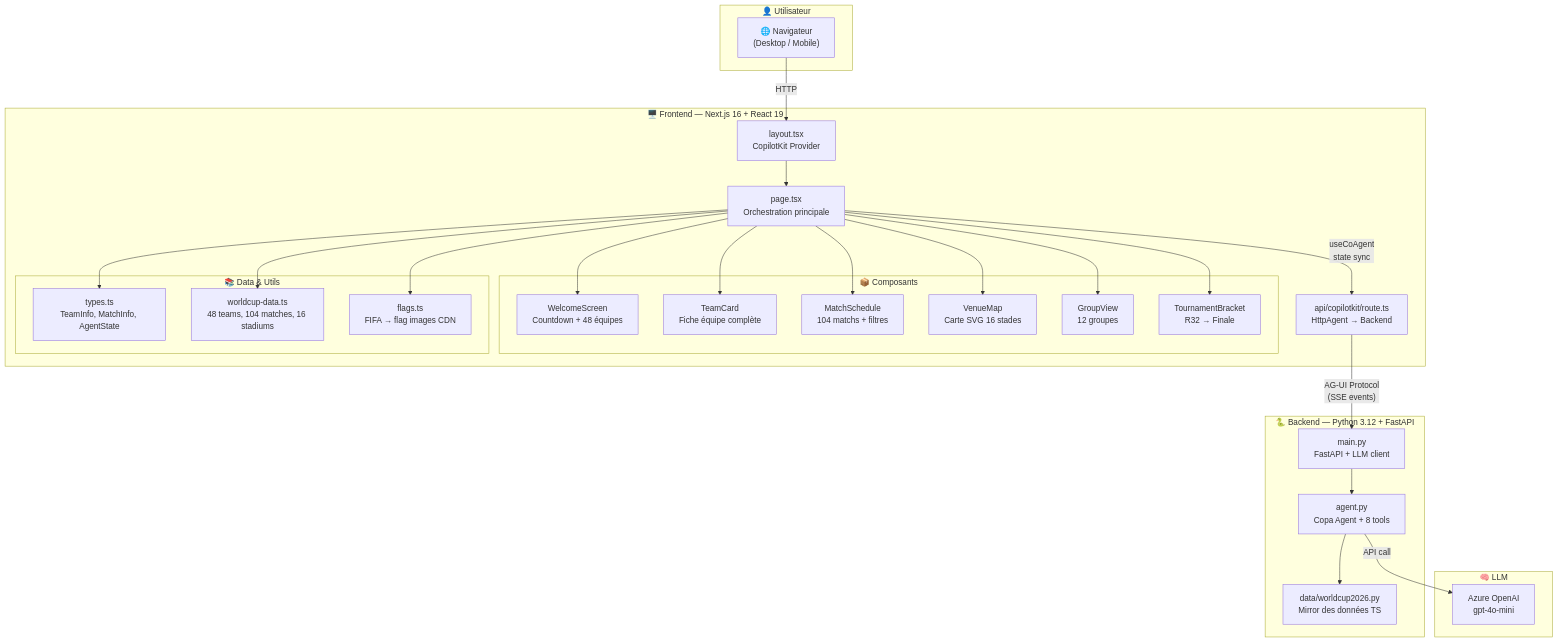
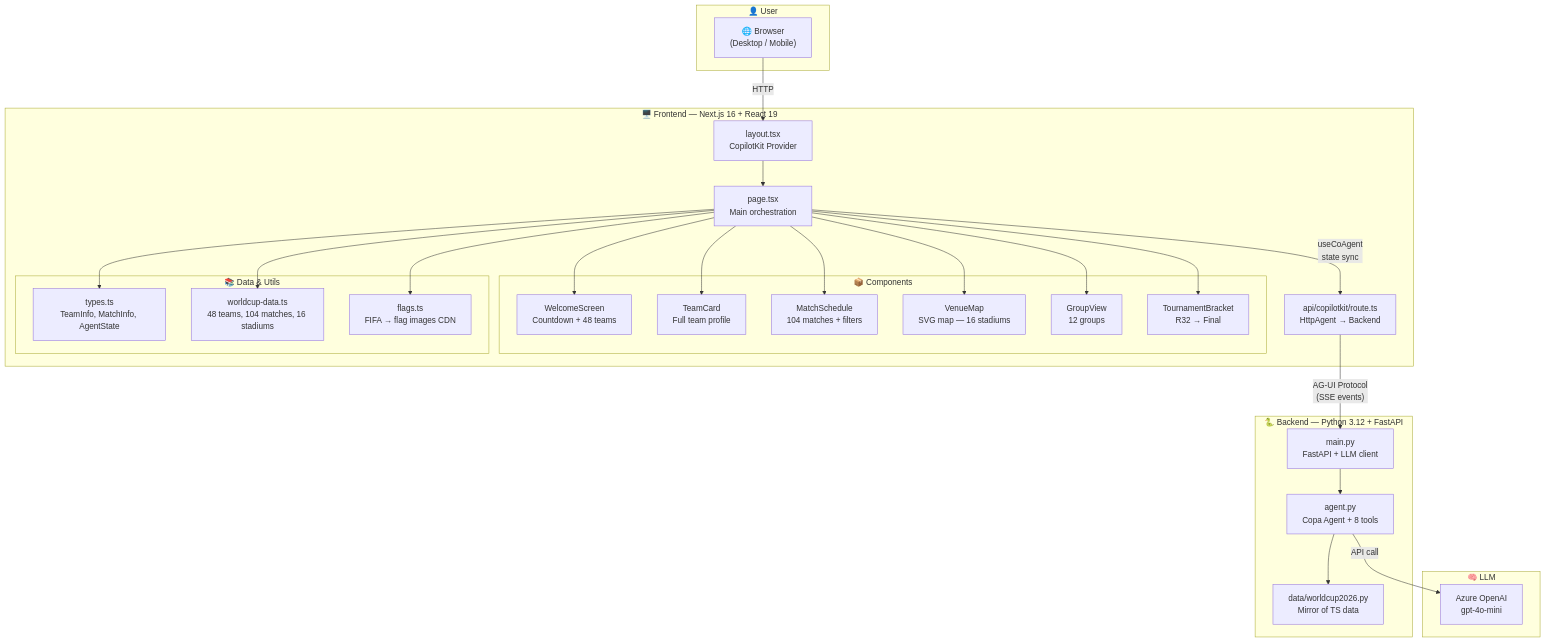
The first of 3 diagrams in README.md (fredgis/foot-agui-sample), drawn with Mermaid before and after one commit. The commit also changed other lines of this file, not shown here.

````diff
--- a/README.md
+++ b/README.md
@@ -34,47 +34,47 @@
 ```mermaid
 graph TB
-    subgraph "👤 Utilisateur"
-        Browser["🌐 Navigateur<br/>(Desktop / Mobile)"]
+    subgraph "👤 User"
+        Browser["🌐 Browser<br/>(Desktop / Mobile)"]
     end
 
     subgraph "🖥️ Frontend — Next.js 16 + React 19"
         Layout["layout.tsx<br/>CopilotKit Provider"]
-        Page["page.tsx<br/>Orchestration principale"]
+        Page["page.tsx<br/>Main orchestration"]
         API["api/copilotkit/route.ts<br/>HttpAgent → Backend"]
         
-        subgraph "📦 Composants"
-            Welcome["WelcomeScreen<br/>Countdown + 48 équipes"]
-            TeamCard["TeamCard<br/>Fiche équipe complète"]
-            Schedule["MatchSchedule<br/>104 matchs + filtres"]
-            VenueMap["VenueMap<br/>Carte SVG 16 stades"]
-            GroupView["GroupView<br/>12 groupes"]
-            Bracket["TournamentBracket<br/>R32 → Finale"]
+        subgraph "📦 Components"
+            Welcome["WelcomeScreen<br/>Countdown + 48 teams"]
+            TeamCard["TeamCard<br/>Full team profile"]
+            Schedule["MatchSchedule<br/>104 matches + filters"]
+            VenueMap["VenueMap<br/>SVG map — 16 stadiums"]
+            GroupView["GroupView<br/>12 groups"]
+            Bracket["TournamentBracket<br/>R32 → Final"]
         end
 
         subgraph "📚 Data & Utils"
             Types["types.ts<br/>TeamInfo, MatchInfo, AgentState"]
             Data["worldcup-data.ts<br/>48 teams, 104 matches, 16 stadiums"]
             Flags["flags.ts<br/>FIFA → flag images CDN"]
         end
     end
 
     subgraph "🐍 Backend — Python 3.12 + FastAPI"
         Main["main.py<br/>FastAPI + LLM client"]
         Agent["agent.py<br/>Copa Agent + 8 tools"]
-        PyData["data/worldcup2026.py<br/>Mirror des données TS"]
+        PyData["data/worldcup2026.py<br/>Mirror of TS data"]
     end
 
     subgraph "🧠 LLM"
         AzureOAI["Azure OpenAI<br/>gpt-4o-mini"]
     end
 
     Browser -->|"HTTP"| Layout
     Layout --> Page
     Page --> Welcome & TeamCard & Schedule & VenueMap & GroupView & Bracket
     Page -->|"useCoAgent<br/>state sync"| API
     API -->|"AG-UI Protocol<br/>(SSE events)"| Main
     Main --> Agent
     Agent --> PyData
     Agent -->|"API call"| AzureOAI
     Page --> Types & Data & Flags
 ```
````
